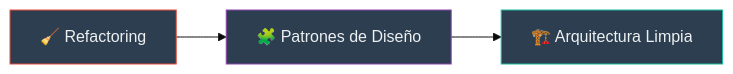
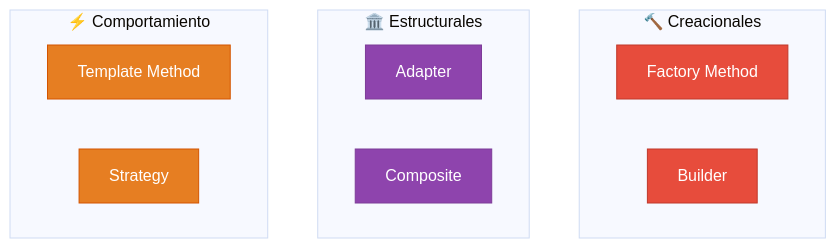
The diagram in OO2/README.md (auwus21/Facultad-Informatica-UNLP), drawn with Mermaid (base theme) before and after one commit. The commit also changed other lines of this file, not shown here.

````diff
--- a/OO2/README.md
+++ b/OO2/README.md
@@ -31,9 +139,24 @@
 ```mermaid
-graph LR
-    A["🧹 Refactoring"] --> B["🧩 Patrones de Diseño"]
-    B --> C["🏗️ Arquitectura Limpia"]
+graph TB
+    subgraph "🔨 Creacionales"
+        FM["Factory Method"]
+        BU["Builder"]
+    end
 
-    style A fill:#2C3E50,stroke:#E74C3C,color:#ECF0F1
-    style B fill:#2C3E50,stroke:#8E44AD,color:#ECF0F1
-    style C fill:#2C3E50,stroke:#1ABC9C,color:#ECF0F1
+    subgraph "🏛️ Estructurales"
+        AD["Adapter"]
+        CO["Composite"]
+    end
+
+    subgraph "⚡ Comportamiento"
+        TM["Template Method"]
+        ST["Strategy"]
+    end
+
+    style FM fill:#E74C3C,stroke:#C0392B,color:#fff
+    style BU fill:#E74C3C,stroke:#C0392B,color:#fff
+    style AD fill:#8E44AD,stroke:#7D3C98,color:#fff
+    style CO fill:#8E44AD,stroke:#7D3C98,color:#fff
+    style TM fill:#E67E22,stroke:#D35400,color:#fff
+    style ST fill:#E67E22,stroke:#D35400,color:#fff
 ```
````
